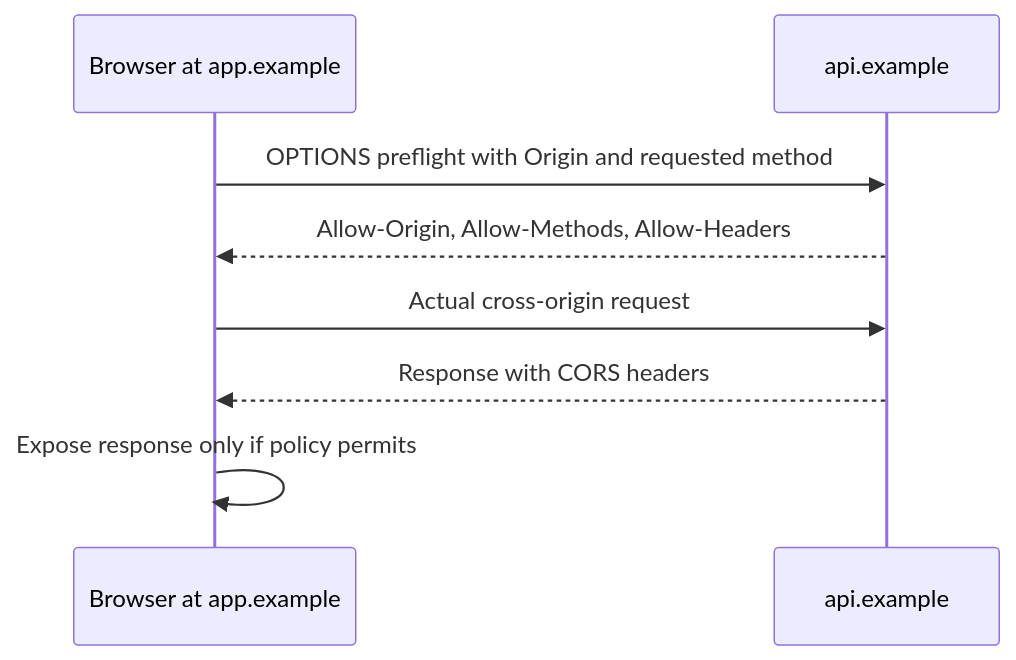
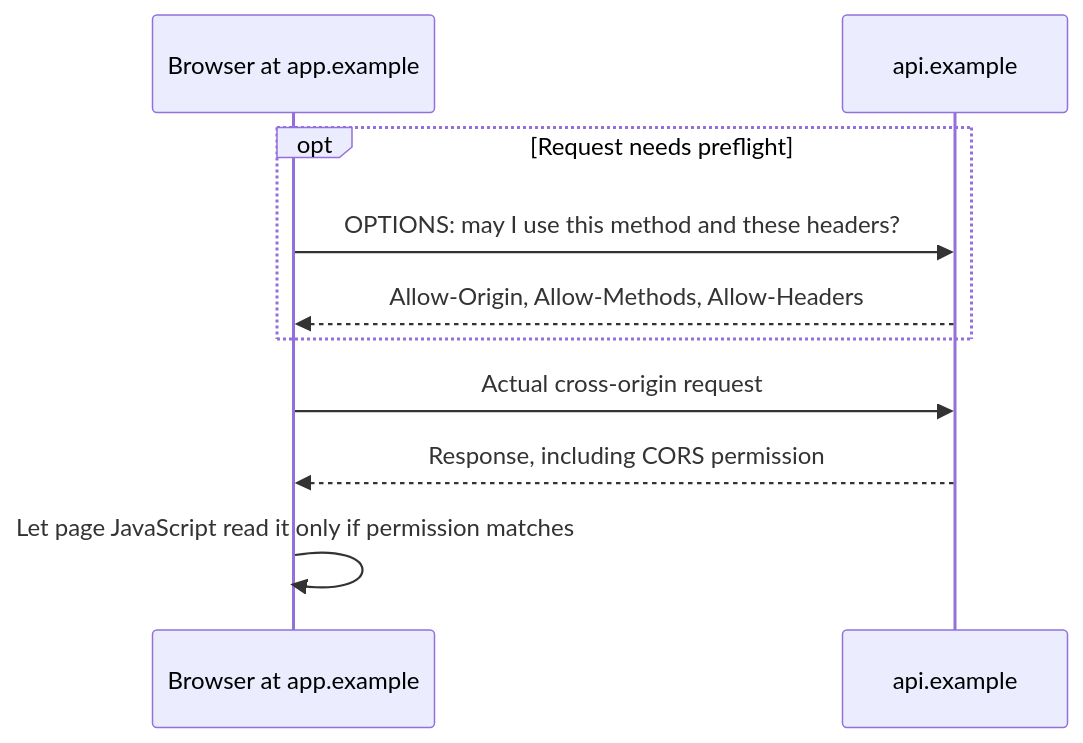
Diagram 11 of 12 in hld/03-hld-networking-fundamentals/lessons.md (vsharma2430/LearnDesign), drawn with Mermaid before and after one commit. The commit also changed other lines of this file and 1 other file, not shown here.

````diff
--- a/hld/03-hld-networking-fundamentals/lessons.md
+++ b/hld/03-hld-networking-fundamentals/lessons.md
@@ -346,10 +379,12 @@
 ```mermaid
 sequenceDiagram
     participant B as Browser at app.example
     participant API as api.example
-    B->>API: OPTIONS preflight with Origin and requested method
-    API-->>B: Allow-Origin, Allow-Methods, Allow-Headers
+    opt Request needs preflight
+        B->>API: OPTIONS: may I use this method and these headers?
+        API-->>B: Allow-Origin, Allow-Methods, Allow-Headers
+    end
     B->>API: Actual cross-origin request
-    API-->>B: Response with CORS headers
-    B->>B: Expose response only if policy permits
+    API-->>B: Response, including CORS permission
+    B->>B: Let page JavaScript read it only if permission matches
 ```
````
